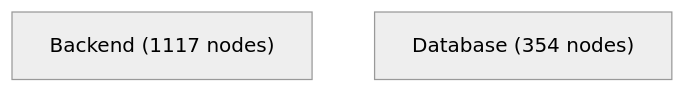
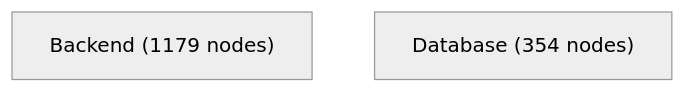
One commit to jankneumann/agentic-coding-tools changed the first of 4 diagrams in docs/architecture-analysis/architecture.report.md. Above: the diagram before and after it, drawn with Mermaid (neutral theme). The commit also changed other lines of this file and 9 other files, not shown here.

First line of the commit message:
chore(architecture): refresh post-merge architecture artifacts

````diff
--- a/docs/architecture-analysis/architecture.report.md
+++ b/docs/architecture-analysis/architecture.report.md
@@ -451,5 +469,5 @@
 ```mermaid
 flowchart TB
-    Backend["Backend (1117 nodes)"]
+    Backend["Backend (1179 nodes)"]
     Database["Database (354 nodes)"]
 ```
````
